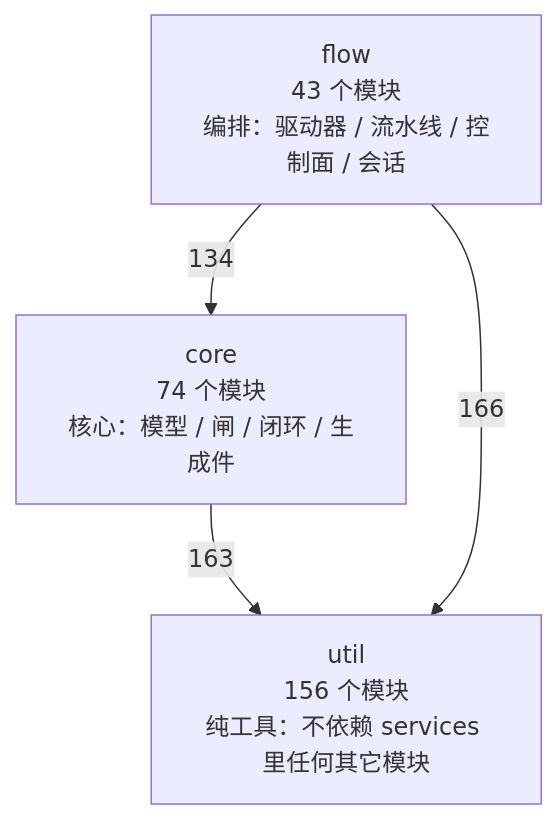
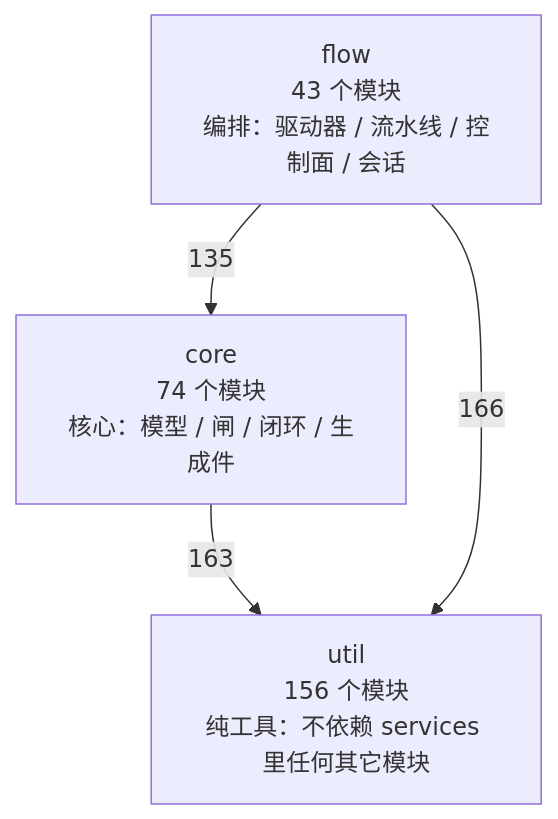
The first of 4 diagrams in docs/SlideRule V6.2 架构图（自动生成）.md (2686521696/WhyBuddy), drawn with Mermaid before and after one commit. The commit also changed other lines of this file and 3 other files, not shown here.

````diff
--- a/docs/SlideRule V6.2 架构图（自动生成）.md
+++ b/docs/SlideRule V6.2 架构图（自动生成）.md
@@ -50,9 +50,9 @@
 ```mermaid
 flowchart TB
   util["util<br/>156 个模块<br/>纯工具：不依赖 services 里任何其它模块"]
   core["core<br/>74 个模块<br/>核心：模型 / 闸 / 闭环 / 生成件"]
   flow["flow<br/>43 个模块<br/>编排：驱动器 / 流水线 / 控制面 / 会话"]
   core -->|163| util
-  flow -->|134| core
+  flow -->|135| core
   flow -->|166| util
 ```
````
